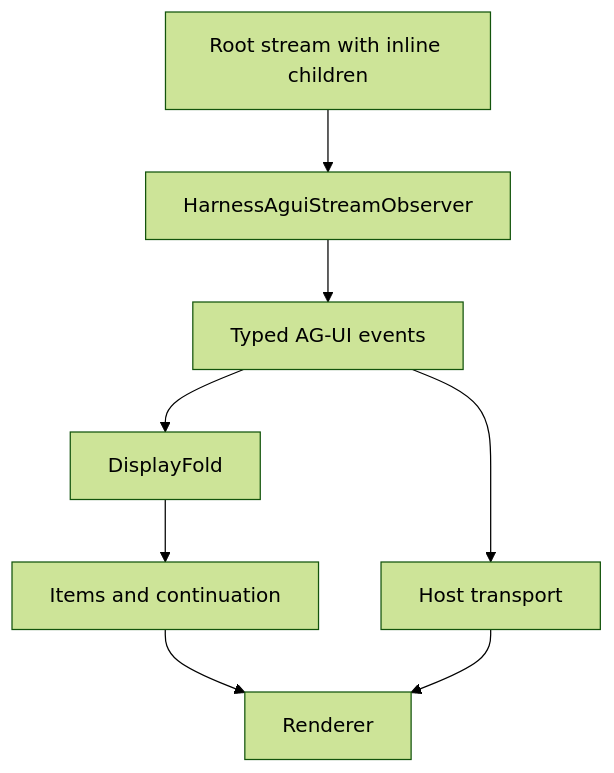
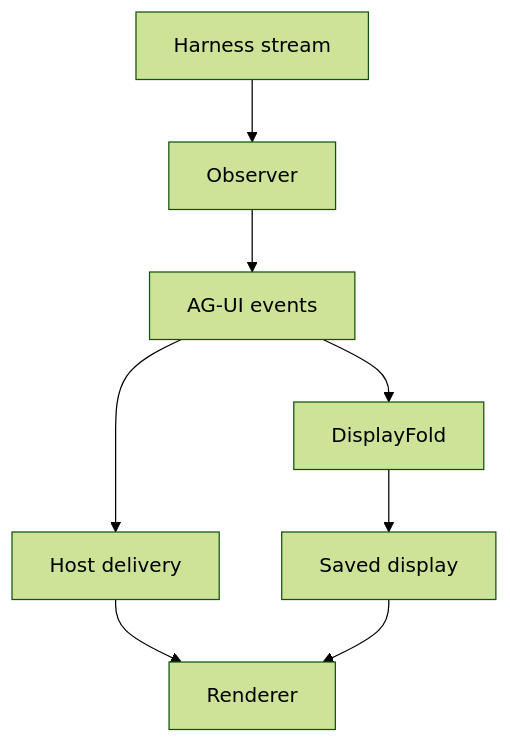
One commit to converge-ai-labs/agent-foundation changed the diagram in docs/a13n-stream-protocol/index.md. Above: the diagram before and after it, drawn with Mermaid (forest theme). The commit also changed other lines of this file and 202 other files, not shown here.

````diff
--- a/docs/a13n-stream-protocol/index.md
+++ b/docs/a13n-stream-protocol/index.md
@@ -19,14 +20,14 @@
 ```mermaid
 flowchart TB
-    Run["Root stream with inline children"] --> Observer["HarnessAguiStreamObserver"]
-    Observer --> Events["Typed AG-UI events"]
+    Run["Harness stream"] --> Observer["Observer"]
+    Observer --> Events["AG-UI events"]
+    Events --> Transport["Host delivery"]
     Events --> Fold["DisplayFold"]
-    Fold --> Checkpoint["Items and continuation"]
-    Events --> Host["Host transport"]
-    Checkpoint --> UI["Renderer"]
-    Host --> UI
+    Fold --> Checkpoint["Saved display"]
+    Transport --> UI["Renderer"]
+    Checkpoint --> UI
 
     class Run,Observer,Fold a13n
     class Checkpoint store
-    class Host,UI app
+    class Transport,UI app
 ```
````
